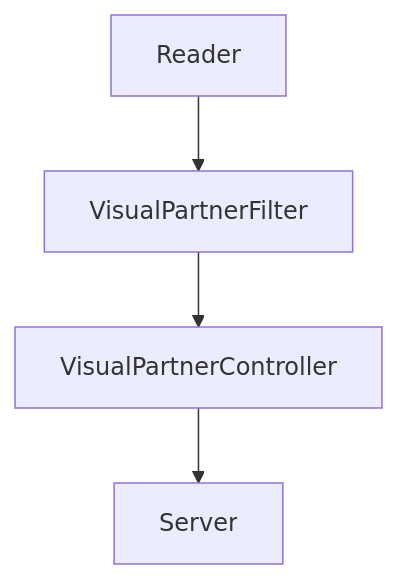
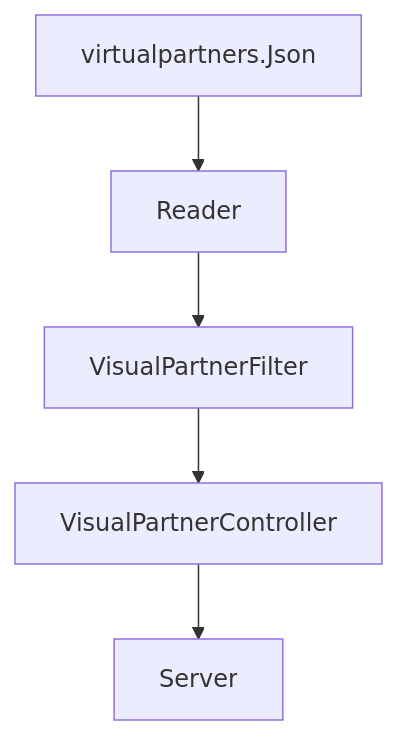
One commit to ErickMontesDK/VIsual-Thinking-Api changed the first of 4 diagrams in README.md. Above: the diagram before and after it, drawn with Mermaid. The commit also changed other lines of this file and 2 other files, not shown here.

````diff
--- a/README.md
+++ b/README.md
@@ -21,4 +21,4 @@
 ```mermaid
 flowchart TD
-    Reader --> VisualPartnerFilter-->VisualPartnerController-->Server
+    virtualpartners.Json-->Reader-->VisualPartnerFilter-->VisualPartnerController-->Server
 ```
````
